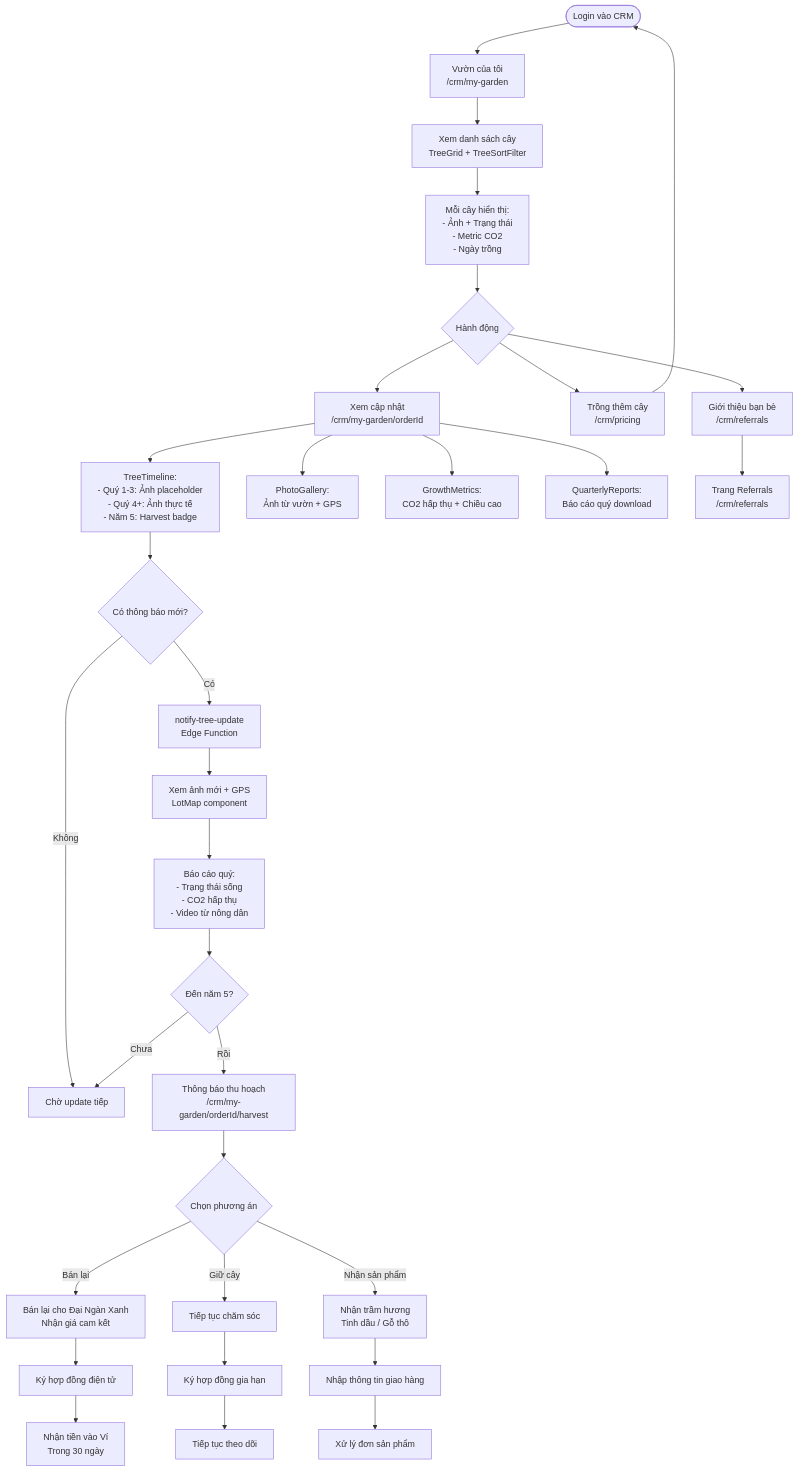
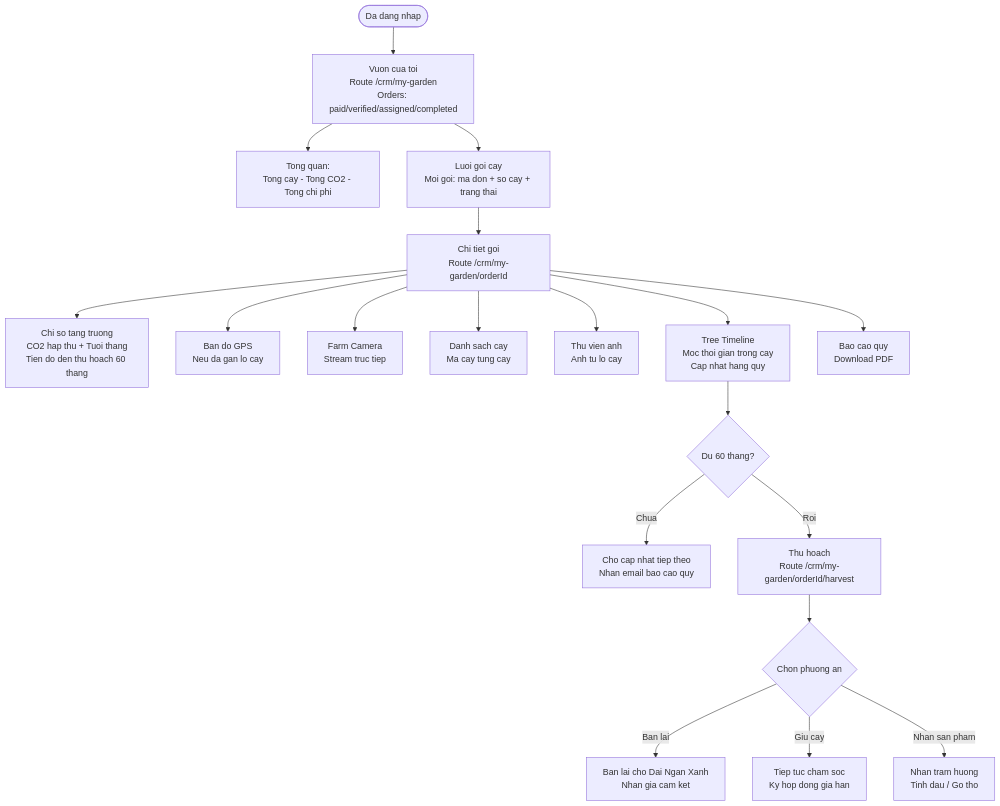
One commit to deptrai/dainganxanh changed the fourth of 8 diagrams in docs/userflow.md. Above: the diagram before and after it, drawn with Mermaid. The commit also changed other lines of this file and 24 other files, not shown here.

First line of the commit message:
feat: admin impersonation, checkout flow redesign, OTP & referral fixes

````diff
--- a/docs/userflow.md
+++ b/docs/userflow.md
@@ -110,44 +153,26 @@
 ```mermaid
 flowchart TD
-    Start([Login vào CRM]) --> MyGarden[Vườn của tôi<br>/crm/my-garden]
-    MyGarden --> ViewTrees[Xem danh sách cây<br>TreeGrid + TreeSortFilter]
+    Login([Da dang nhap]) --> Garden[Vuon cua toi<br>Route /crm/my-garden<br>Orders: paid/verified/assigned/completed]
 
-    ViewTrees --> TreeCard[Mỗi cây hiển thị:<br>- Ảnh + Trạng thái<br>- Metric CO2<br>- Ngày trồng]
+    Garden --> Summary[Tong quan:<br>Tong cay - Tong CO2 - Tong chi phi]
+    Garden --> PackageGrid[Luoi goi cay<br>Moi goi: ma don + so cay + trang thai]
 
-    TreeCard --> Action{Hành động}
-    Action --> Update[Xem cập nhật<br>/crm/my-garden/orderId]
-    Action --> PlantMore[Trồng thêm cây<br>/crm/pricing]
-    Action --> Refer[Giới thiệu bạn bè<br>/crm/referrals]
+    PackageGrid --> PackageDetail[Chi tiet goi<br>Route /crm/my-garden/orderId]
 
-    Update --> Timeline[TreeTimeline:<br>- Quý 1-3: Ảnh placeholder<br>- Quý 4+: Ảnh thực tế<br>- Năm 5: Harvest badge]
-    Update --> PhotoGallery[PhotoGallery:<br>Ảnh từ vườn + GPS]
-    Update --> GrowthMetrics[GrowthMetrics:<br>CO2 hấp thụ + Chiều cao]
-    Update --> QuarterlyReports[QuarterlyReports:<br>Báo cáo quý download]
+    PackageDetail --> GrowthMetrics[Chi so tang truong<br>CO2 hap thu + Tuoi thang<br>Tien do den thu hoach 60 thang]
+    PackageDetail --> MapSection[Ban do GPS<br>Neu da gan lo cay]
+    PackageDetail --> CameraSection[Farm Camera<br>Stream truc tiep]
+    PackageDetail --> TreeList[Danh sach cay<br>Ma cay tung cay]
+    PackageDetail --> PhotoGallery[Thu vien anh<br>Anh tu lo cay]
+    PackageDetail --> Timeline[Tree Timeline<br>Moc thoi gian trong cay<br>Cap nhat hang quy]
+    PackageDetail --> Reports[Bao cao quy<br>Download PDF]
 
-    Timeline --> Notify{Có thông báo mới?}
-    Notify -->|Có| Push[notify-tree-update<br>Edge Function]
-    Notify -->|Không| Wait[Chờ update tiếp]
+    Timeline --> MonthCheck{Du 60 thang?}
+    MonthCheck -->|Chua| Wait[Cho cap nhat tiep theo<br>Nhan email bao cao quy]
+    MonthCheck -->|Roi| Harvest[Thu hoach<br>Route /crm/my-garden/orderId/harvest]
 
-    Push --> ViewPhoto[Xem ảnh mới + GPS<br>LotMap component]
-    ViewPhoto --> Report[Báo cáo quý:<br>- Trạng thái sống<br>- CO2 hấp thụ<br>- Video từ nông dân]
-
-    Report --> Year5{Đến năm 5?}
-    Year5 -->|Chưa| Wait
-    Year5 -->|Rồi| Harvest[Thông báo thu hoạch<br>/crm/my-garden/orderId/harvest]
-
-    Harvest --> HarvestOption{Chọn phương án}
-    HarvestOption -->|Bán lại| SellBack[Bán lại cho Đại Ngàn Xanh<br>Nhận giá cam kết]
-    HarvestOption -->|Giữ cây| KeepTree[Tiếp tục chăm sóc]
-    HarvestOption -->|Nhận sản phẩm| GetProduct[Nhận trầm hương<br>Tinh dầu / Gỗ thô]
-
-    SellBack --> EContract[Ký hợp đồng điện tử]
-    KeepTree --> ExtendContract[Ký hợp đồng gia hạn]
-    GetProduct --> ShippingInfo[Nhập thông tin giao hàng]
-
-    EContract --> Transfer[Nhận tiền vào Ví<br>Trong 30 ngày]
-    ExtendContract --> ContinueTrack[Tiếp tục theo dõi]
-    ShippingInfo --> Fulfillment[Xử lý đơn sản phẩm]
-
-    PlantMore --> Start
-    Refer --> RefPage[Trang Referrals<br>/crm/referrals]
+    Harvest --> HarvestChoice{Chon phuong an}
+    HarvestChoice -->|Ban lai| SellBack[Ban lai cho Dai Ngan Xanh<br>Nhan gia cam ket]
+    HarvestChoice -->|Giu cay| KeepGrow[Tiep tuc cham soc<br>Ky hop dong gia han]
+    HarvestChoice -->|Nhan san pham| GetProduct[Nhan tram huong<br>Tinh dau / Go tho]
 ```
````
